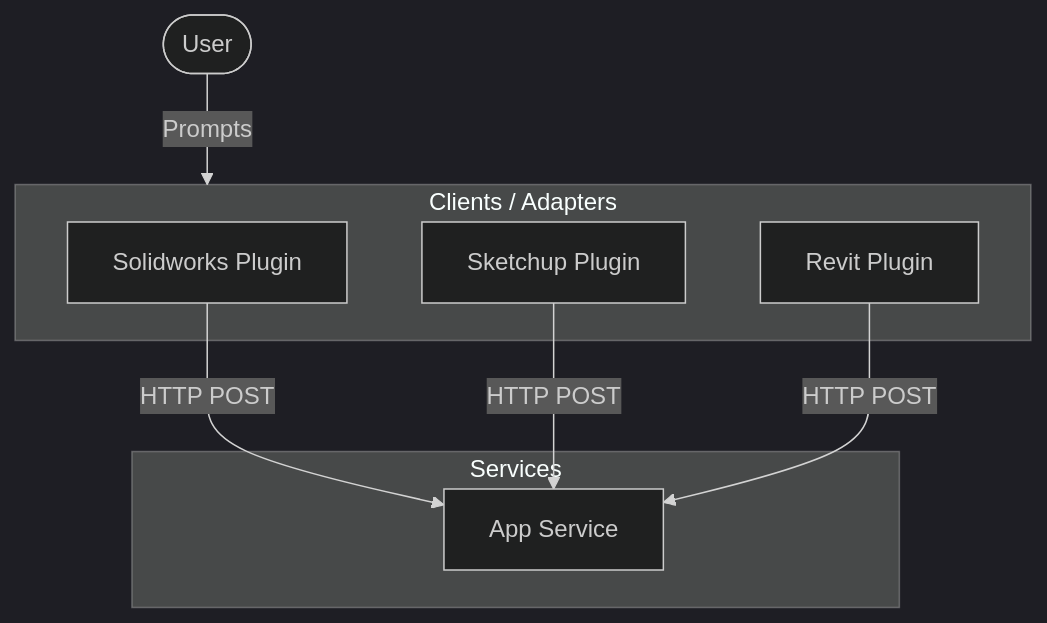
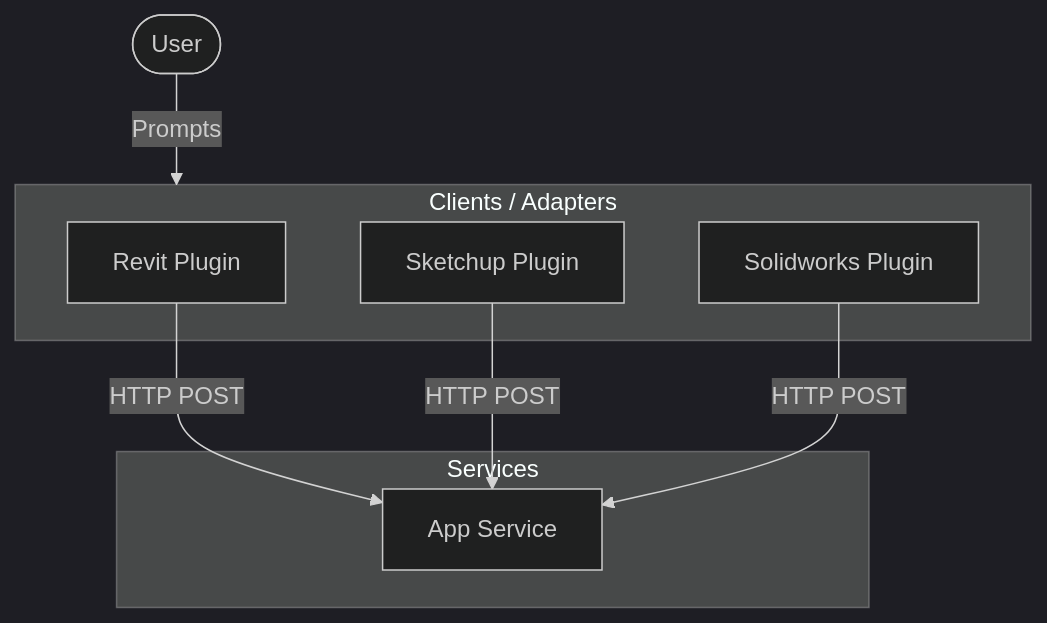
The diagram in docs/diagrams/architecture.md (NITISH-R-G/TextBridge3D), drawn with Mermaid (dark theme) before and after one commit. The commit also changed other lines of this file and 3 other files, not shown here.

Commit message:
docs: Auto-generate architecture diagrams and README

````diff
--- a/docs/diagrams/architecture.md
+++ b/docs/diagrams/architecture.md
@@ -1,19 +1,19 @@
 ```mermaid
 graph TD
     User([User])
 
     subgraph Clients["Clients / Adapters"]
+        revit["Revit Plugin"]
+        sketchup["Sketchup Plugin"]
         solidworks["Solidworks Plugin"]
-        sketchup["Sketchup Plugin"]
-        revit["Revit Plugin"]
     end
 
     subgraph Services["Services"]
         app["App Service"]
     end
 
     User -->|Prompts| Clients
+    revit -->|HTTP POST| app
+    sketchup -->|HTTP POST| app
     solidworks -->|HTTP POST| app
-    sketchup -->|HTTP POST| app
-    revit -->|HTTP POST| app
 ```
````
